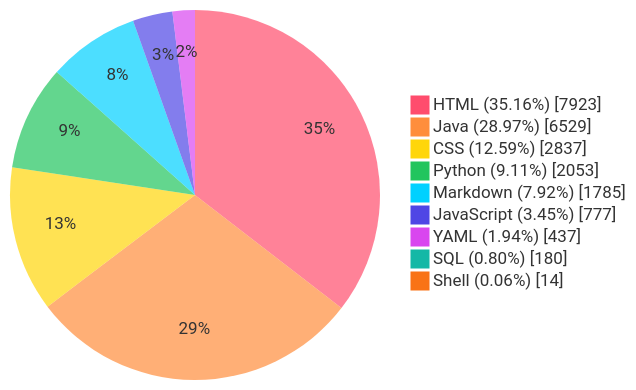
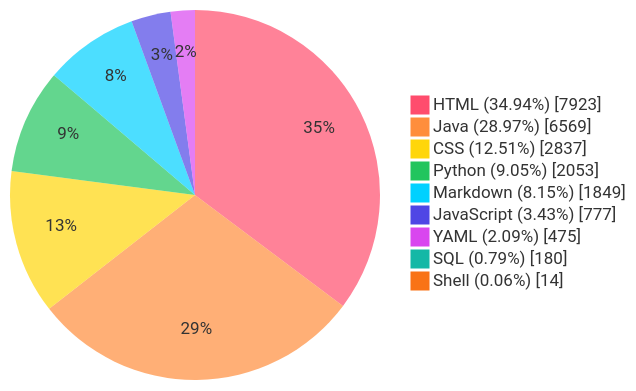
One commit to TheBadRoger/BUCT-Teaching-Aids changed the diagram in README.md. Above: the diagram before and after it, drawn with Mermaid. The commit also changed other lines of this file and 2 other files, not shown here.

Commit message:
chore(stats): auto update README metrics

````diff
--- a/README.md
+++ b/README.md
@@ -40,28 +40,28 @@
 ```mermaid
 %%{init: {'theme':'base','themeVariables': {
   'fontFamily': 'Fira Code, JetBrains Mono, Source Code Pro, Cascadia Code, Menlo, Consolas, monospace',
   'pieStrokeColor': 'transparent',
   'pieStrokeWidth': '0px',
   'pieOuterStrokeWidth': '0px',
   'pie1': '#FF4D6D',
   'pie2': '#FF8E3C',
   'pie3': '#FFD60A',
   'pie4': '#22C55E',
   'pie5': '#00D1FF',
   'pie6': '#4F46E5',
   'pie7': '#D946EF',
   'pie8': '#14B8A6',
   'pie9': '#F97316',
   'pie10': '#A855F7'
 }}}%%
 pie showData
-    "HTML (35.16%)" : 7923
-    "Java (28.97%)" : 6529
-    "CSS (12.59%)" : 2837
-    "Python (9.11%)" : 2053
-    "Markdown (7.92%)" : 1785
-    "JavaScript (3.45%)" : 777
-    "YAML (1.94%)" : 437
-    "SQL (0.80%)" : 180
+    "HTML (34.94%)" : 7923
+    "Java (28.97%)" : 6569
+    "CSS (12.51%)" : 2837
+    "Python (9.05%)" : 2053
+    "Markdown (8.15%)" : 1849
+    "JavaScript (3.43%)" : 777
+    "YAML (2.09%)" : 475
+    "SQL (0.79%)" : 180
     "Shell (0.06%)" : 14
 ```
````
